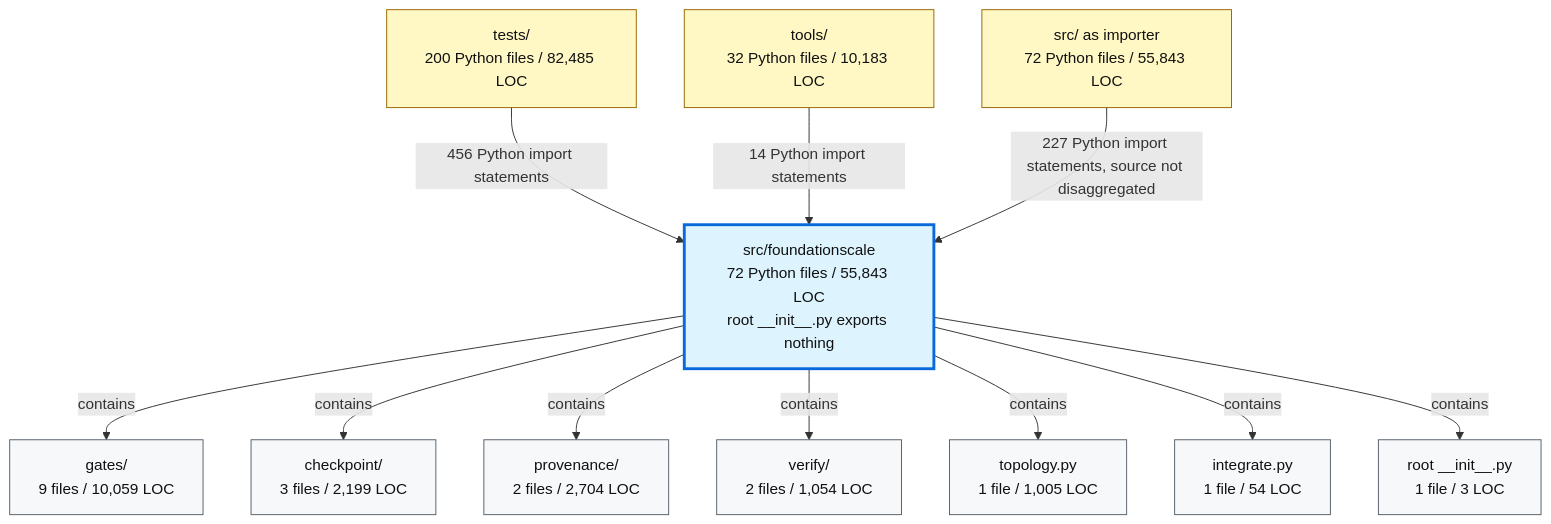
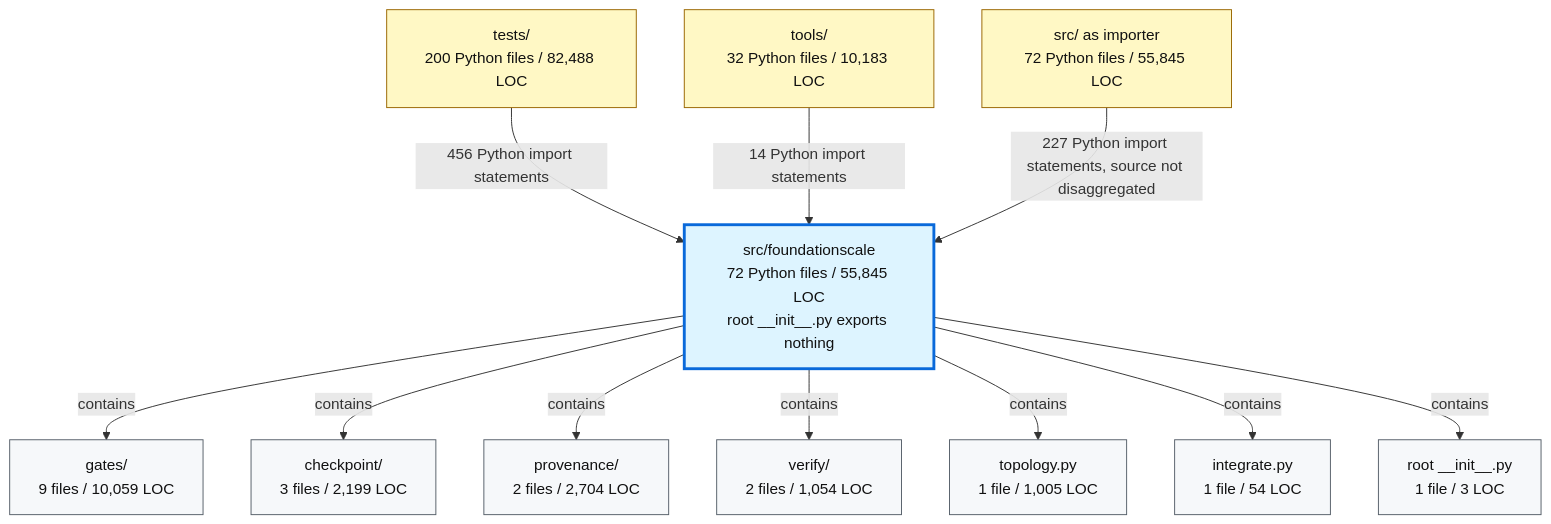
One commit to TranNhiem/FoundationScale changed the second of 2 diagrams in docs/review/D2_current_architecture.md. Above: the diagram before and after it, drawn with Mermaid. The commit also changed other lines of this file and 12 other files, not shown here.

````diff
--- a/docs/review/D2_current_architecture.md
+++ b/docs/review/D2_current_architecture.md
@@ -97,36 +97,36 @@
 ```mermaid
 flowchart TB
-  TESTS["tests/<br/>200 Python files / 82,485 LOC"]
+  TESTS["tests/<br/>200 Python files / 82,488 LOC"]
   TOOLS["tools/<br/>32 Python files / 10,183 LOC"]
-  SRC["src/ as importer<br/>72 Python files / 55,843 LOC"]
+  SRC["src/ as importer<br/>72 Python files / 55,845 LOC"]
 
-  FS["src/foundationscale<br/>72 Python files / 55,843 LOC<br/>root __init__.py exports nothing"]
+  FS["src/foundationscale<br/>72 Python files / 55,845 LOC<br/>root __init__.py exports nothing"]
 
   GATES["gates/<br/>9 files / 10,059 LOC"]
   CKPT["checkpoint/<br/>3 files / 2,199 LOC"]
   PROV["provenance/<br/>2 files / 2,704 LOC"]
   VERIFY["verify/<br/>2 files / 1,054 LOC"]
   TOPO["topology.py<br/>1 file / 1,005 LOC"]
   INTEG["integrate.py<br/>1 file / 54 LOC"]
   ROOT["root __init__.py<br/>1 file / 3 LOC"]
 
   TESTS -->|"456 Python import statements"| FS
   TOOLS -->|"14 Python import statements"| FS
   SRC -->|"227 Python import statements, source not disaggregated"| FS
 
   FS -->|"contains"| GATES
   FS -->|"contains"| CKPT
   FS -->|"contains"| PROV
   FS -->|"contains"| VERIFY
   FS -->|"contains"| TOPO
   FS -->|"contains"| INTEG
   FS -->|"contains"| ROOT
 
   classDef consumer fill:#fff8c5,stroke:#9a6700,color:#111;
   classDef package fill:#ddf4ff,stroke:#0969da,stroke-width:3px,color:#111;
   classDef module fill:#f6f8fa,stroke:#57606a,color:#111;
 
   class TESTS,TOOLS,SRC consumer;
   class FS package;
   class GATES,CKPT,PROV,VERIFY,TOPO,INTEG,ROOT module;
 ```
````
